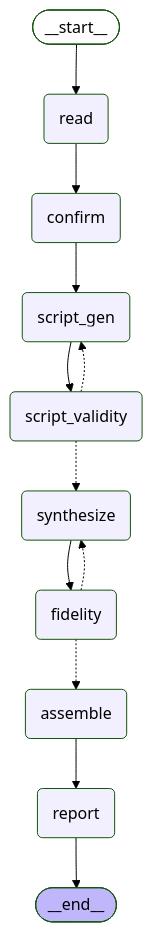
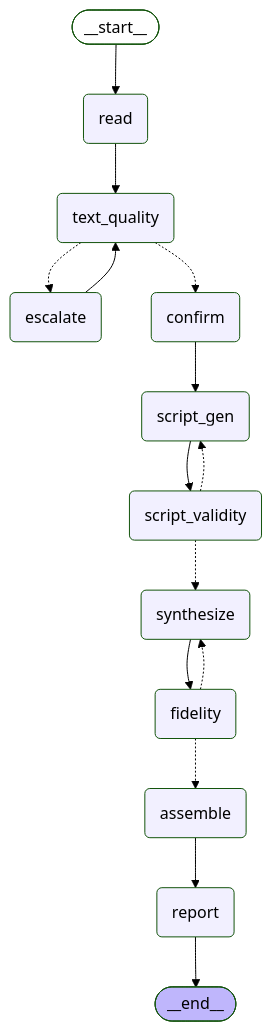
The diagram in docs/graph.md (garciadias/audify), drawn with Mermaid (forest theme) before and after one commit. The commit also changed other lines of this file and 4 other files, not shown here.

First line of the commit message:
feat: add cycle-1 text-quality heuristic detector with escalation back-edge (#40)

````diff
--- a/docs/graph.md
+++ b/docs/graph.md
@@ -5,28 +5,33 @@
 ```mermaid
 graph TD;
 	__start__([<p>__start__</p>]):::first
 	read(read)
+	text_quality(text_quality)
+	escalate(escalate)
 	confirm(confirm)
 	script_gen(script_gen)
 	script_validity(script_validity)
 	synthesize(synthesize)
 	fidelity(fidelity)
 	assemble(assemble)
 	report(report)
 	__end__([<p>__end__</p>]):::last
 	__start__ --> read;
 	assemble --> report;
 	confirm --> script_gen;
+	escalate --> text_quality;
 	fidelity -.-> assemble;
 	fidelity -.-> synthesize;
-	read --> confirm;
+	read --> text_quality;
 	script_gen --> script_validity;
 	script_validity -.-> script_gen;
 	script_validity -.-> synthesize;
 	synthesize --> fidelity;
+	text_quality -.-> confirm;
+	text_quality -.-> escalate;
 	report --> __end__;
 	classDef default fill:#f2f0ff,line-height:1.2
 	classDef first fill-opacity:0
 	classDef last fill:#bfb6fc
 
 ```
````
